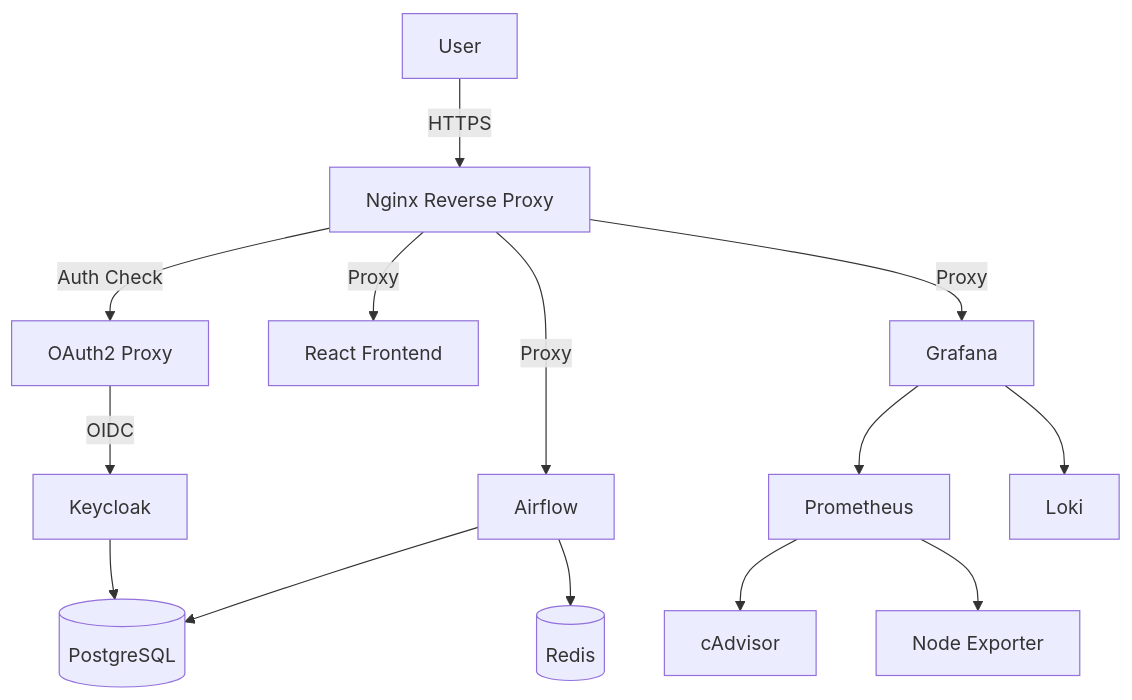
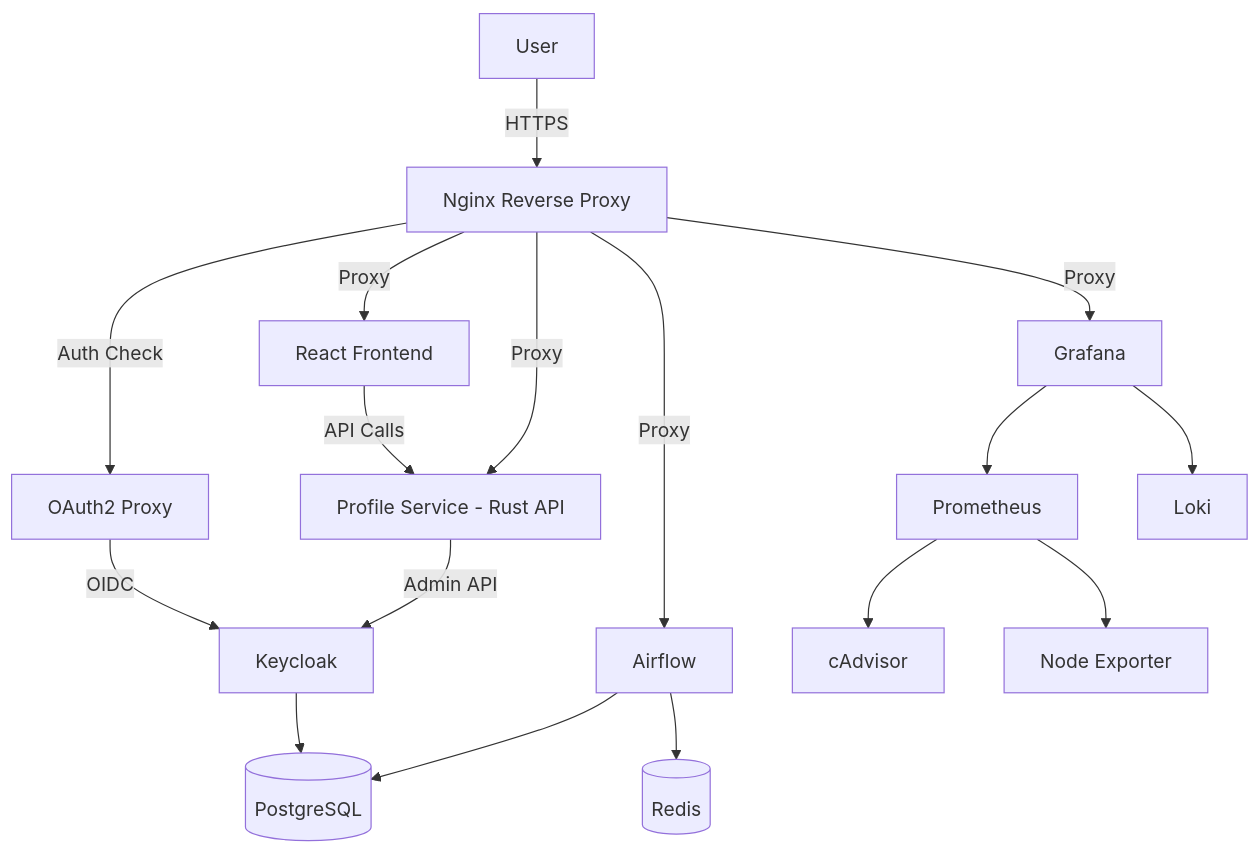
One commit to NimaLAN74/hosting-base changed the first of 2 diagrams in lianel/docs/README.md. Above: the diagram before and after it, drawn with Mermaid. The commit also changed other lines of this file and 26 other files, not shown here.

First line of the commit message:
Add Profile Service: Rust backend API with OpenAPI/Swagger UI

````diff
--- a/lianel/docs/README.md
+++ b/lianel/docs/README.md
@@ -195,20 +213,24 @@
 ```mermaid
 graph TB
     User[User] -->|HTTPS| Nginx[Nginx Reverse Proxy]
     Nginx -->|Auth Check| OAuth2[OAuth2 Proxy]
     OAuth2 -->|OIDC| Keycloak[Keycloak]
     
     Nginx -->|Proxy| Frontend[React Frontend]
+    Nginx -->|Proxy| ProfileService[Profile Service - Rust API]
     Nginx -->|Proxy| Airflow[Airflow]
     Nginx -->|Proxy| Grafana[Grafana]
+    
+    Frontend -->|API Calls| ProfileService
+    ProfileService -->|Admin API| Keycloak
     
     Airflow --> Postgres[(PostgreSQL)]
     Airflow --> Redis[(Redis)]
     Keycloak --> Postgres
     
     Grafana --> Prometheus[Prometheus]
     Grafana --> Loki[Loki]
     
     Prometheus --> cAdvisor[cAdvisor]
     Prometheus --> NodeExporter[Node Exporter]
 ```
````
